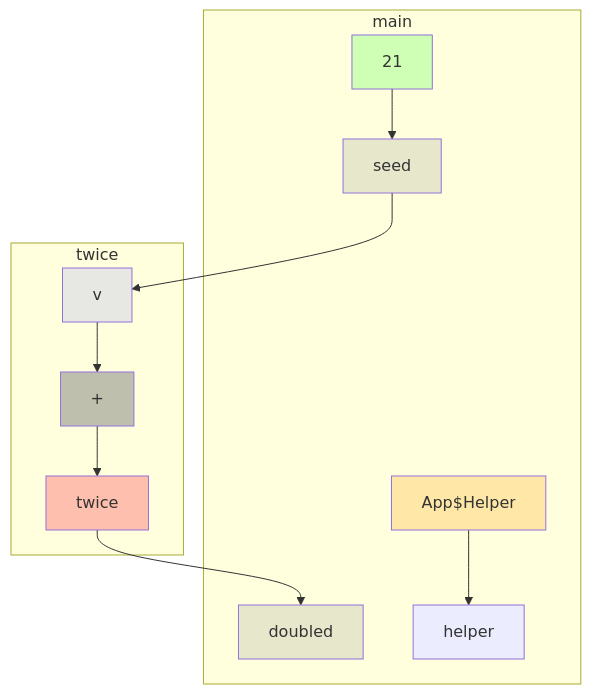
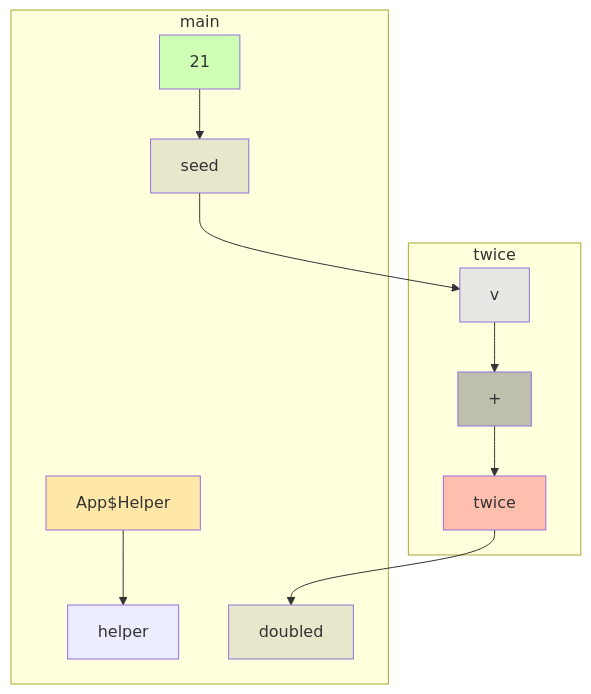
One commit to gstiebler/codeflow changed the diagram in app/src/test/resources/nestedClass/spike-truth.md. Above: the diagram before and after it, drawn with Mermaid. The commit also changed 46 other files, not shown here.

````diff
--- a/app/src/test/resources/nestedClass/spike-truth.md
+++ b/app/src/test/resources/nestedClass/spike-truth.md
@@ -3,28 +3,28 @@
 ```mermaid
 flowchart TD
   subgraph m0["twice"]
     n0["+"]:::BIN_OP
     n1["v"]:::FUNC_PARAM
     n2["twice"]:::RETURN
   end
   subgraph m1["main"]
     n3["App$Helper"]:::EXTERNAL
     n4["21"]:::LITERAL
-    n5["doubled"]:::VARIABLE
-    n6["helper"]:::OBJ_VARIABLE
+    n5["helper"]:::OBJ_VARIABLE
+    n6["doubled"]:::VARIABLE
     n7["seed"]:::VARIABLE
   end
   n0 --> n2
   n1 --> n0
-  n2 --> n5
-  n3 --> n6
+  n2 --> n6
+  n3 --> n5
   n4 --> n7
   n7 --> n1
   classDef LITERAL fill:#00FF0030
   classDef VARIABLE fill:#80808030
   classDef BIN_OP fill:#80808080
   classDef FUNC_PARAM fill:#8080FF30
   classDef RETURN fill:#FF808080
   classDef EXTERNAL fill:#FFA50040
   classDef UNMODELLED fill:#FF000030,stroke-dasharray: 4 2
 ```
````
